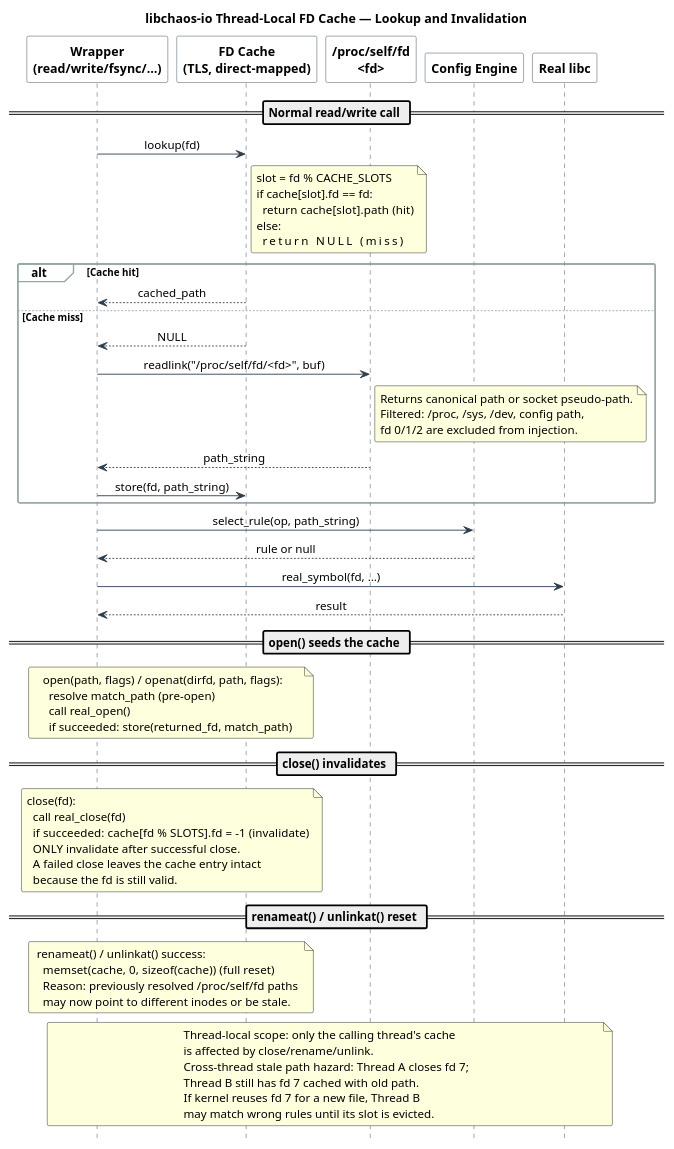
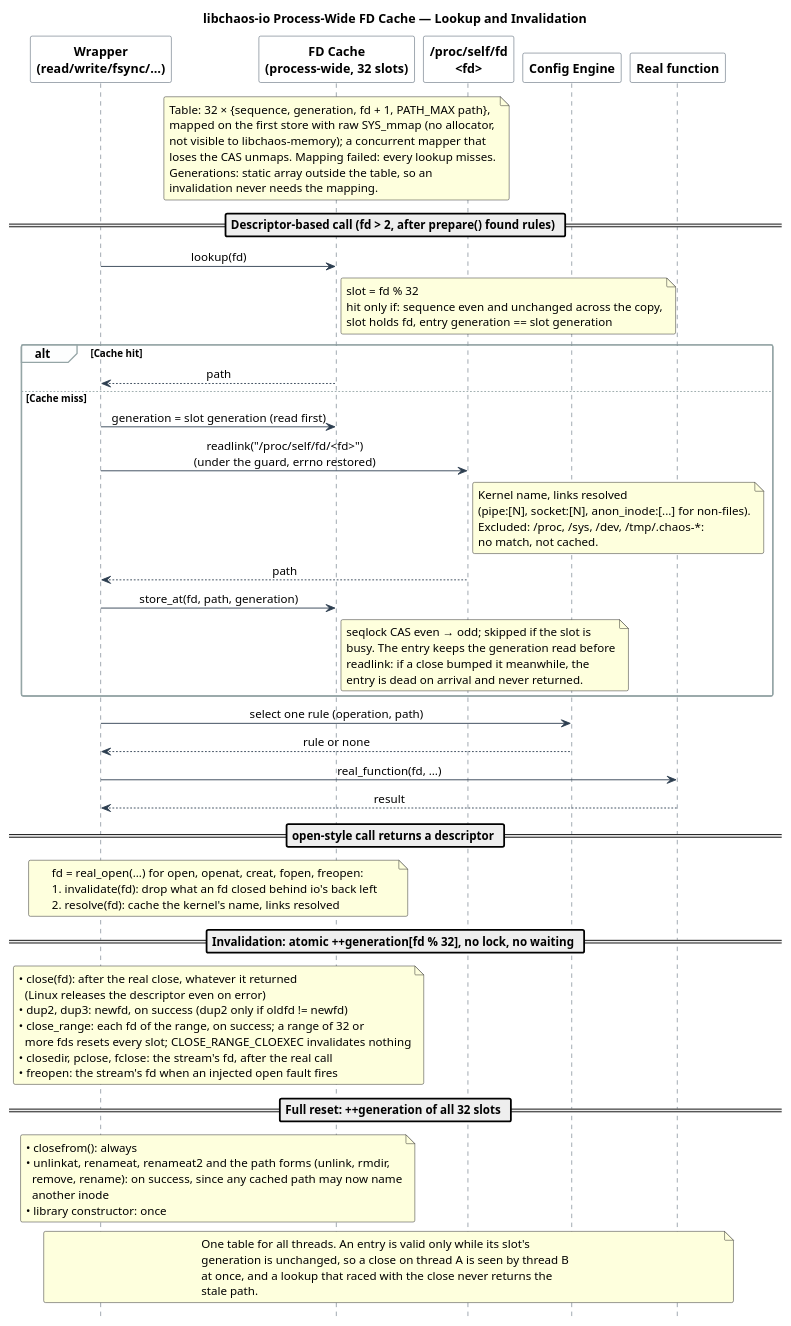
One commit to macstab/macstab-chaos-testing-libraries changed the diagram in docs/diagrams/fdcache.puml. Above: the diagram before and after it, drawn with PlantUML. The commit also changed 324 other files, not shown here.

First line of the commit message:
feat: SECCOMP injection mode (chaos-init), review fixes, full coverage (#33)

```diff
--- a/docs/diagrams/fdcache.puml
+++ b/docs/diagrams/fdcache.puml
@@ -1,106 +1,119 @@
 @startuml fdcache
 '
 ' Engineered by  Christian Schnapka
 '                Embedded Principal+ Engineer
 '                Macstab GmbH · Hamburg, Germany
 '                https://macstab.com
 '
-' libchaos-io thread-local FD cache — direct-mapped lookup,
-' /proc/self/fd miss resolution, and invalidation triggers.
+' libchaos-io process-wide fd cache: direct-mapped lookup with a per-slot
+' seqlock and generation, /proc/self/fd miss resolution, and every
+' invalidation trigger.
 '
-' Reference: docs/IO.md §6 (Component Breakdown → FD cache)
-'            docs/ARCHITECTURE.md §FD Path Resolution
-'            src/config/chaos_io_fdcache.c
+' Reference: docs/IO.md §6 "FD cache", docs/ARCHITECTURE.md "FD Path Resolution"
+'            src/config/chaos_io_fdcache.c, src/wrappers/chaos_io_sync.c
 '
-title libchaos-io Thread-Local FD Cache — Lookup and Invalidation
+title libchaos-io Process-Wide FD Cache — Lookup and Invalidation
 
 skinparam sequenceMessageAlign center
 skinparam shadowing false
 skinparam roundCorner 4
 skinparam sequence {
   ArrowColor                 #2C3E50
   LifeLineBorderColor        #2C3E50
   LifeLineBackgroundColor    #ECF0F1
   ParticipantBorderColor     #2C3E50
   ParticipantBackgroundColor #FFFFFF
   ParticipantFontStyle       bold
   GroupBackgroundColor       #FDFEFE
   GroupBorderColor           #95A5A6
 }
 hide footbox
 
 participant "Wrapper\n(read/write/fsync/…)" as Wrap
-participant "FD Cache\n(TLS, direct-mapped)" as Cache
+participant "FD Cache\n(process-wide, 32 slots)" as Cache
 participant "/proc/self/fd\n<fd>" as Proc
 participant "Config Engine" as Config
-participant "Real libc" as Real
+participant "Real function" as Real
 
-== Normal read/write call ==
+note over Cache
+  Table: 32 × {sequence, generation, fd + 1, PATH_MAX path},
+  mapped on the first store with raw SYS_mmap (no allocator,
+  not visible to libchaos-memory); a concurrent mapper that
+  loses the CAS unmaps. Mapping failed: every lookup misses.
+  Generations: static array outside the table, so an
+  invalidation never needs the mapping.
+end note
+
+== Descriptor-based call (fd > 2, after prepare() found rules) ==
 
 Wrap -> Cache : lookup(fd)
 note right of Cache
-  slot = fd % CACHE_SLOTS
-  if cache[slot].fd == fd:
-    return cache[slot].path  (hit)
-  else:
-    return NULL              (miss)
+  slot = fd % 32
+  hit only if: sequence even and unchanged across the copy,
+  slot holds fd, entry generation == slot generation
 end note
 
 alt Cache hit
-  Cache --> Wrap : cached_path
+  Cache --> Wrap : path
 else Cache miss
-  Cache --> Wrap : NULL
-  Wrap -> Proc : readlink("/proc/self/fd/<fd>", buf)
+  Wrap -> Cache : generation = slot generation (read first)
+  Wrap -> Proc : readlink("/proc/self/fd/<fd>")\n(under the guard, errno restored)
   note right of Proc
-    Returns canonical path or socket pseudo-path.
-    Filtered: /proc, /sys, /dev, config path,
-    fd 0/1/2 are excluded from injection.
+    Kernel name, links resolved
+    (pipe:[N], socket:[N], anon_inode:[...] for non-files).
+    Excluded: /proc, /sys, /dev, /tmp/.chaos-*:
+    no match, not cached.
   end note
-  Proc --> Wrap : path_string
-  Wrap -> Cache : store(fd, path_string)
+  Proc --> Wrap : path
+  Wrap -> Cache : store_at(fd, path, generation)
+  note right of Cache
+    seqlock CAS even → odd; skipped if the slot is
+    busy. The entry keeps the generation read before
+    readlink: if a close bumped it meanwhile, the
+    entry is dead on arrival and never returned.
+  end note
 end
 
-Wrap -> Config : select_rule(op, path_string)
-Config --> Wrap : rule or null
-Wrap -> Real : real_symbol(fd, …)
+Wrap -> Config : select one rule (operation, path)
+Config --> Wrap : rule or none
+Wrap -> Real : real_function(fd, …)
 Real --> Wrap : result
 
-== open() seeds the cache ==
+== open-style call returns a descriptor ==
 
 note over Wrap, Cache
-  open(path, flags) / openat(dirfd, path, flags):
-    resolve match_path (pre-open)
-    call real_open()
-    if succeeded: store(returned_fd, match_path)
+  fd = real_open(...) for open, openat, creat, fopen, freopen:
+  1. invalidate(fd): drop what an fd closed behind io's back left
+  2. resolve(fd): cache the kernel's name, links resolved
 end note
 
-== close() invalidates ==
+== Invalidation: atomic ++generation[fd % 32], no lock, no waiting ==
 
 note over Wrap, Cache
-  close(fd):
-    call real_close(fd)
-    if succeeded: cache[fd % SLOTS].fd = -1  (invalidate)
-    ONLY invalidate after successful close.
-    A failed close leaves the cache entry intact
-    because the fd is still valid.
+  • close(fd): after the real close, whatever it returned
+    (Linux releases the descriptor even on error)
+  • dup2, dup3: newfd, on success (dup2 only if oldfd != newfd)
+  • close_range: each fd of the range, on success; a range of 32 or
+    more fds resets every slot; CLOSE_RANGE_CLOEXEC invalidates nothing
+  • closedir, pclose, fclose: the stream's fd, after the real call
+  • freopen: the stream's fd when an injected open fault fires
 end note
 
-== renameat() / unlinkat() reset ==
+== Full reset: ++generation of all 32 slots ==
 
 note over Wrap, Cache
-  renameat() / unlinkat() success:
-    memset(cache, 0, sizeof(cache))  (full reset)
-    Reason: previously resolved /proc/self/fd paths
-    may now point to different inodes or be stale.
+  • closefrom(): always
+  • unlinkat, renameat, renameat2 and the path forms (unlink, rmdir,
+    remove, rename): on success, since any cached path may now name
+    another inode
+  • library constructor: once
 end note
 
 note across
-  Thread-local scope: only the calling thread's cache
-  is affected by close/rename/unlink.
-  Cross-thread stale path hazard: Thread A closes fd 7;
-  Thread B still has fd 7 cached with old path.
-  If kernel reuses fd 7 for a new file, Thread B
-  may match wrong rules until its slot is evicted.
+  One table for all threads. An entry is valid only while its slot's
+  generation is unchanged, so a close on thread A is seen by thread B
+  at once, and a lookup that raced with the close never returns the
+  stale path.
 end note
 
 @enduml
```
